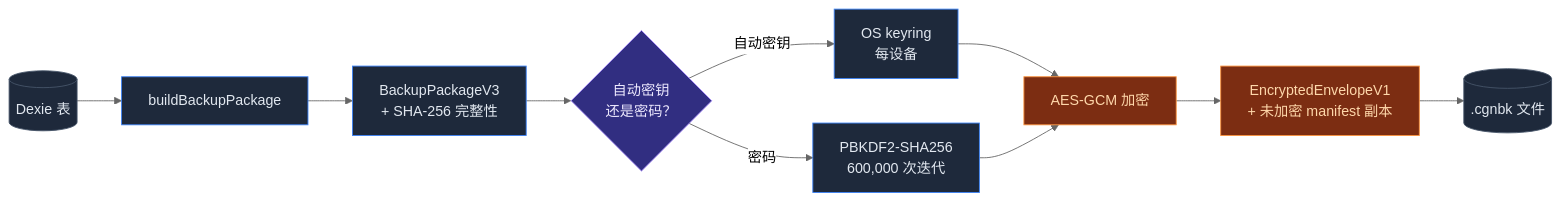
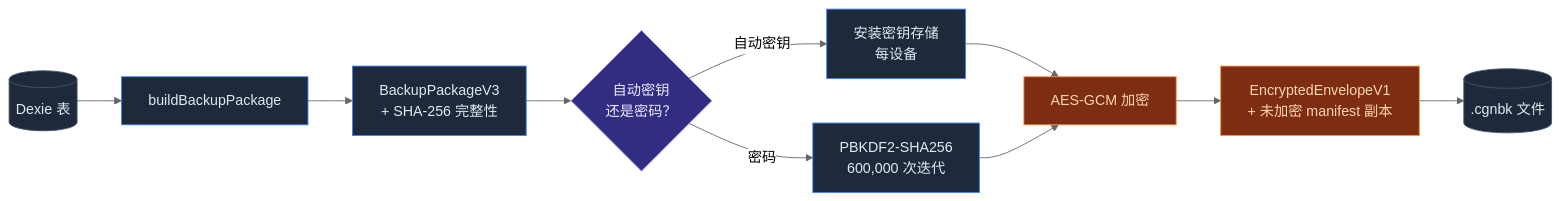
One commit to MaxQian888/cognia-next changed the first of 2 diagrams in docs/content/docs/zh/data/backup-and-data.mdx. Above: the diagram before and after it, drawn with Mermaid (neutral theme). The commit also changed other lines of this file and 61 other files, not shown here.

````diff
--- a/docs/content/docs/zh/data/backup-and-data.mdx
+++ b/docs/content/docs/zh/data/backup-and-data.mdx
@@ -136,23 +136,23 @@
 ```mermaid
 flowchart LR
   Dexie[(Dexie 表)] --> BP[buildBackupPackage]
   BP --> PKG[BackupPackageV3<br/>+ SHA-256 完整性]
 
   PKG --> AUTO{自动密钥<br/>还是密码？}
-  AUTO -->|自动密钥| K1[OS keyring<br/>每设备]
+  AUTO -->|自动密钥| K1[安装密钥存储<br/>每设备]
   AUTO -->|密码| K2[PBKDF2-SHA256<br/>600,000 次迭代]
 
   K1 --> ENC[AES-GCM 加密]
   K2 --> ENC
   ENC --> ENV[EncryptedEnvelopeV1<br/>+ 未加密 manifest 副本]
   ENV --> FILE[(.cgnbk 文件)]
 
   classDef tbl fill:#1e293b,stroke:#475569,color:#e2e8f0
   classDef step fill:#1e293b,stroke:#3b82f6,color:#e2e8f0
   classDef gate fill:#312e81,stroke:#a78bfa,color:#ede9fe
   classDef enc fill:#7c2d12,stroke:#fb923c,color:#fed7aa
   class Dexie,FILE tbl
   class BP,PKG,K1,K2 step
   class AUTO gate
   class ENC,ENV enc
 ```
````
